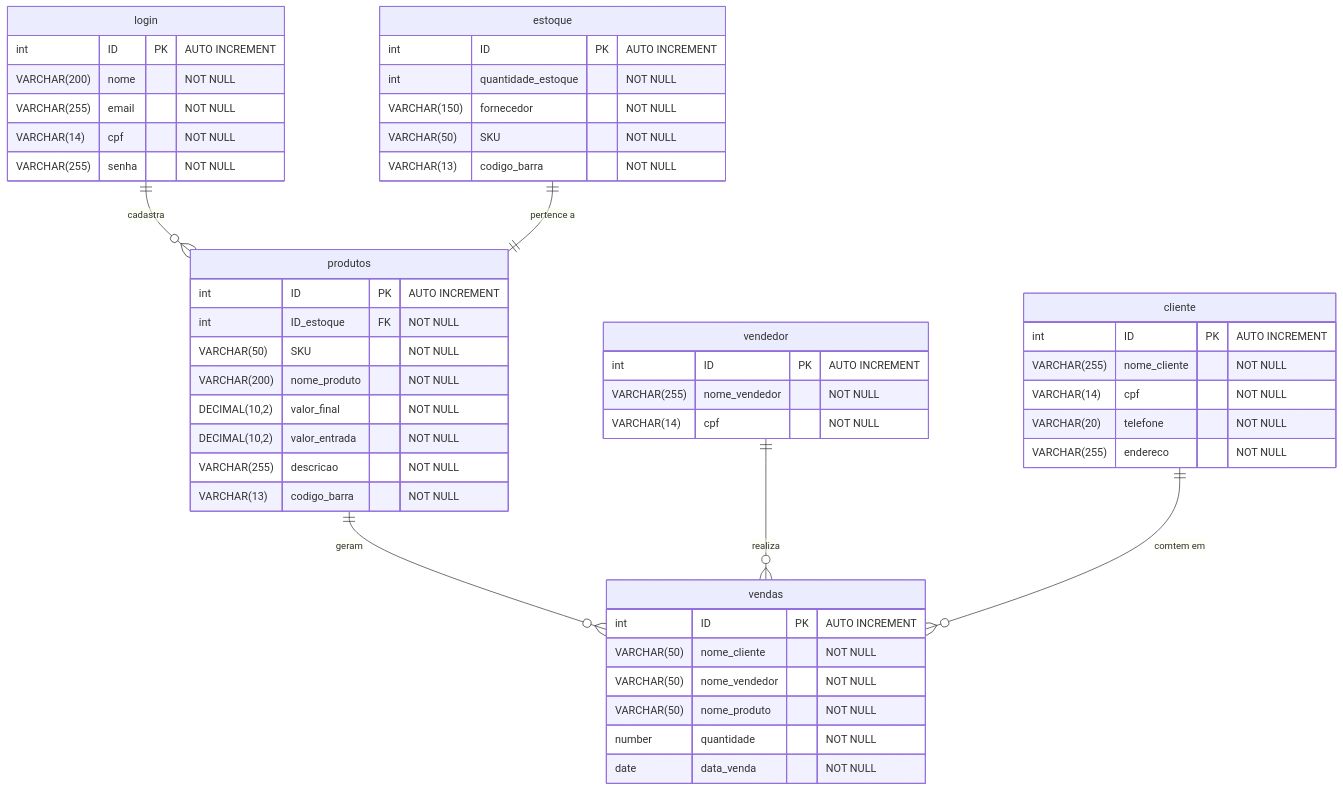
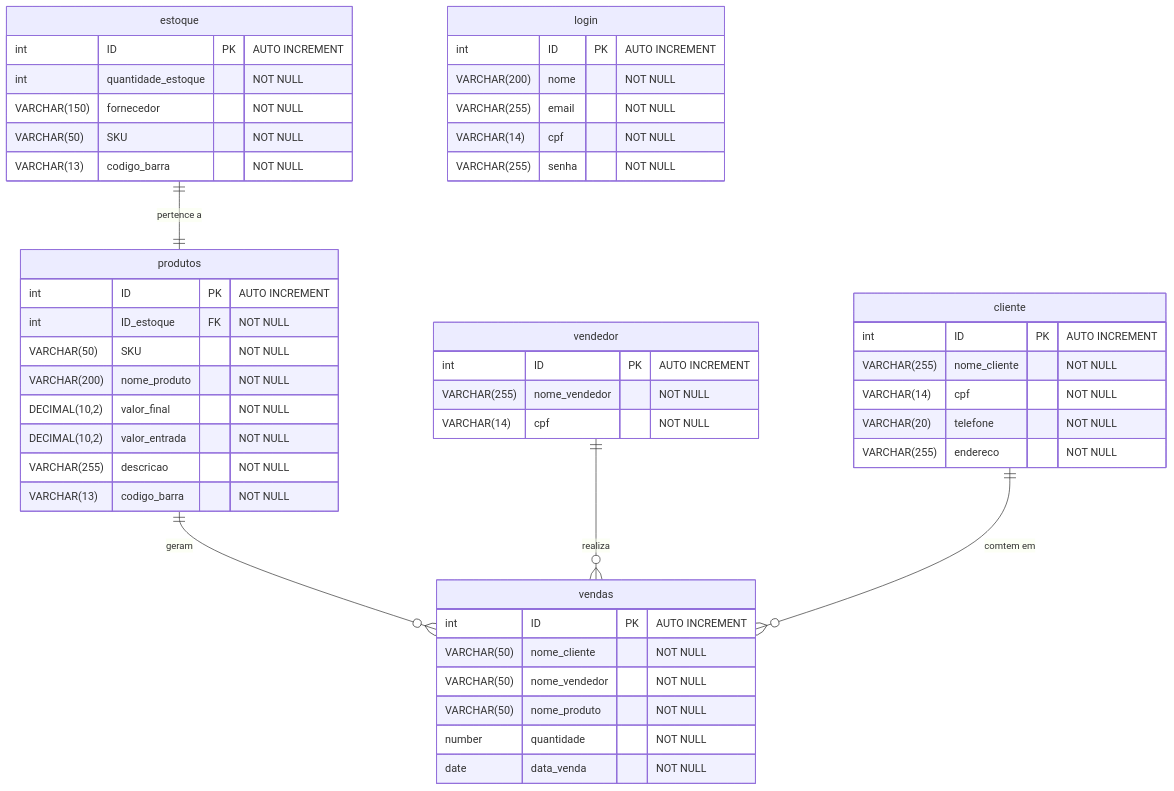
The first of 2 diagrams in README.md (AlefAlves22/stockhub), drawn with Mermaid before and after one commit.

Commit message:
Update README.md
COmmit final

````diff
--- a/README.md
+++ b/README.md
@@ -156,61 +156,60 @@
 ``` mermaid
 
 erDiagram
     produtos {
         int ID PK "AUTO INCREMENT"
         int ID_estoque FK "NOT NULL"
         VARCHAR(50) SKU "NOT NULL"
         VARCHAR(200) nome_produto "NOT NULL"
         DECIMAL(10,2) valor_final "NOT NULL"
         DECIMAL(10,2) valor_entrada "NOT NULL"
         VARCHAR(255) descricao "NOT NULL"
         VARCHAR(13) codigo_barra "NOT NULL"
 
     }
 
     estoque {
         int ID PK "AUTO INCREMENT"
         int quantidade_estoque "NOT NULL"
         VARCHAR(150) fornecedor "NOT NULL"
         VARCHAR(50) SKU "NOT NULL"
         VARCHAR(13) codigo_barra "NOT NULL"
 
 
     }
 
     login {
         int ID PK "AUTO INCREMENT"
         VARCHAR(200) nome "NOT NULL"
         VARCHAR(255) email "NOT NULL"
         VARCHAR(14) cpf "NOT NULL"
         VARCHAR(255) senha "NOT NULL"
     }
 
     cliente{
         int ID PK "AUTO INCREMENT"
         VARCHAR(255) nome_cliente "NOT NULL"
         VARCHAR(14) cpf "NOT NULL"
         VARCHAR(20) telefone "NOT NULL"
         VARCHAR(255) endereco "NOT NULL"
     }
 
     vendedor{
         int ID PK "AUTO INCREMENT"
         VARCHAR(255) nome_vendedor "NOT NULL"
         VARCHAR(14) cpf "NOT NULL"
     }
     vendas{
         int ID PK "AUTO INCREMENT"
         VARCHAR(50) nome_cliente "NOT NULL"
         VARCHAR(50) nome_vendedor "NOT NULL"
         VARCHAR(50) nome_produto"NOT NULL"
         number quantidade "NOT NULL"
         date data_venda "NOT NULL"
     }   
     
     produtos ||--o{ vendas : "geram"
-    login ||--o{ produtos : "cadastra"
     estoque ||--|| produtos : "pertence a"
     vendedor ||--o{ vendas : "realiza"
     cliente ||--o{ vendas : "comtem em"
 ```
````
